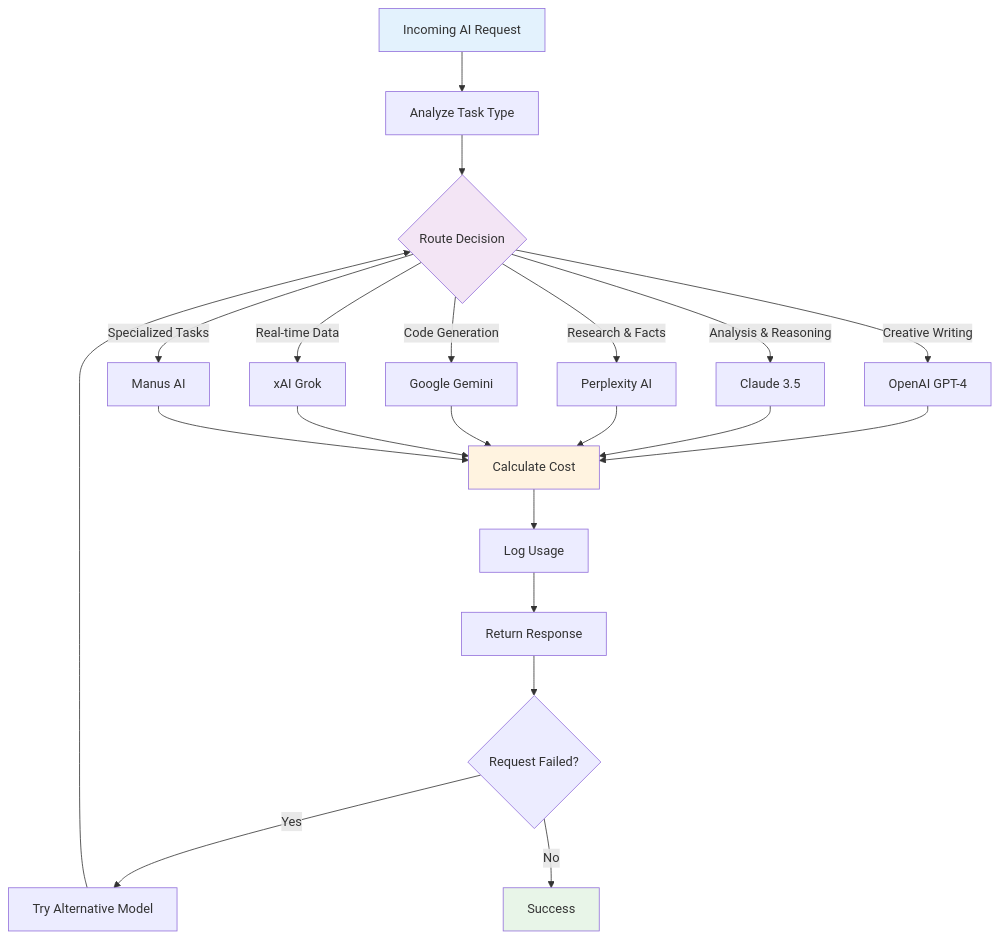
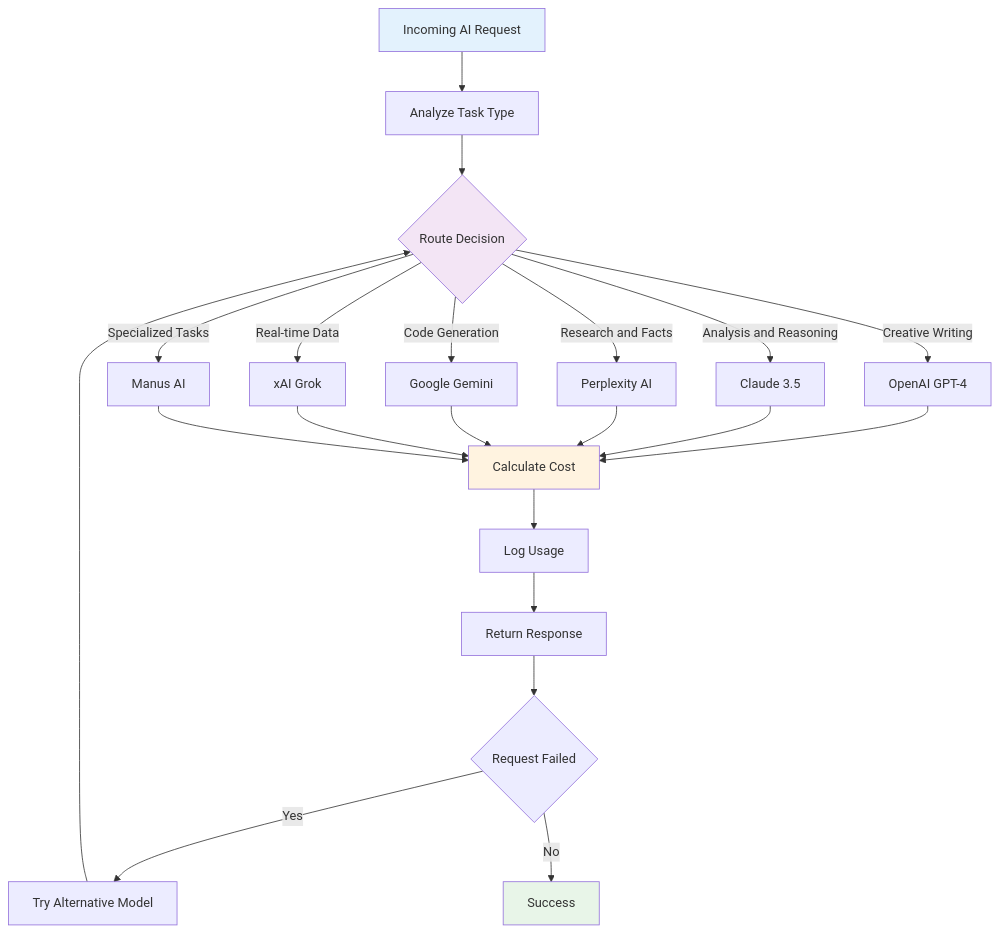
The fourth of 8 diagrams in README.md (NobleVision/GOGETTER), drawn with Mermaid before and after one commit. The commit also changed other lines of this file and 10 other files, not shown here.

````diff
--- a/README.md
+++ b/README.md
@@ -256,33 +283,33 @@
 ```mermaid
 graph TD
-    Request[Incoming AI Request] --> Analyze[Analyze Task Type]
-    Analyze --> Route{Route Decision}
-    
+    Request[Incoming AI Request] --> AnalyzeTask[Analyze Task Type]
+    AnalyzeTask --> Route{Route Decision}
+
     Route -->|Creative Writing| OpenAI[OpenAI GPT-4]
-    Route -->|Analysis & Reasoning| Anthropic[Claude 3.5]
-    Route -->|Research & Facts| Perplexity[Perplexity AI]
+    Route -->|Analysis and Reasoning| Anthropic[Claude 3.5]
+    Route -->|Research and Facts| Perplexity[Perplexity AI]
     Route -->|Code Generation| Gemini[Google Gemini]
     Route -->|Real-time Data| Grok[xAI Grok]
     Route -->|Specialized Tasks| Manus[Manus AI]
-    
+
     OpenAI --> Cost[Calculate Cost]
     Anthropic --> Cost
     Perplexity --> Cost
     Gemini --> Cost
     Grok --> Cost
     Manus --> Cost
-    
+
     Cost --> Log[Log Usage]
     Log --> Response[Return Response]
-    
-    Response --> Fallback{Request Failed?}
+
+    Response --> Fallback{Request Failed}
     Fallback -->|Yes| Retry[Try Alternative Model]
     Fallback -->|No| Success[Success]
-    
+
     Retry --> Route
-    
+
     style Request fill:#e3f2fd
     style Route fill:#f3e5f5
     style Cost fill:#fff3e0
     style Success fill:#e8f5e8
 ```
````
